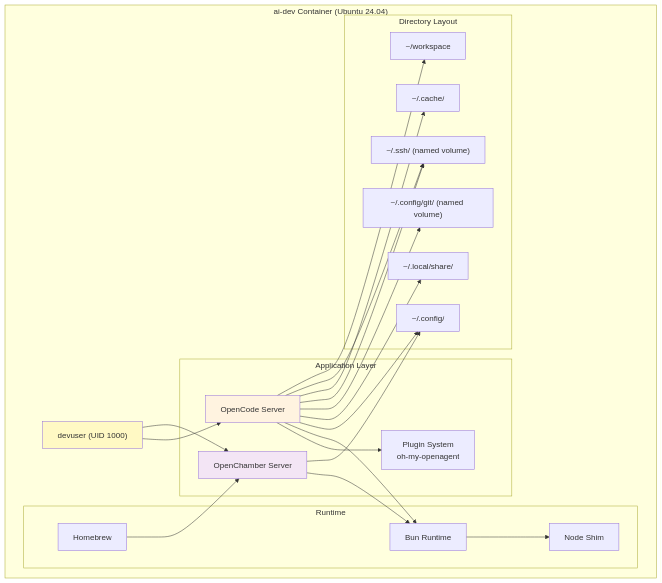
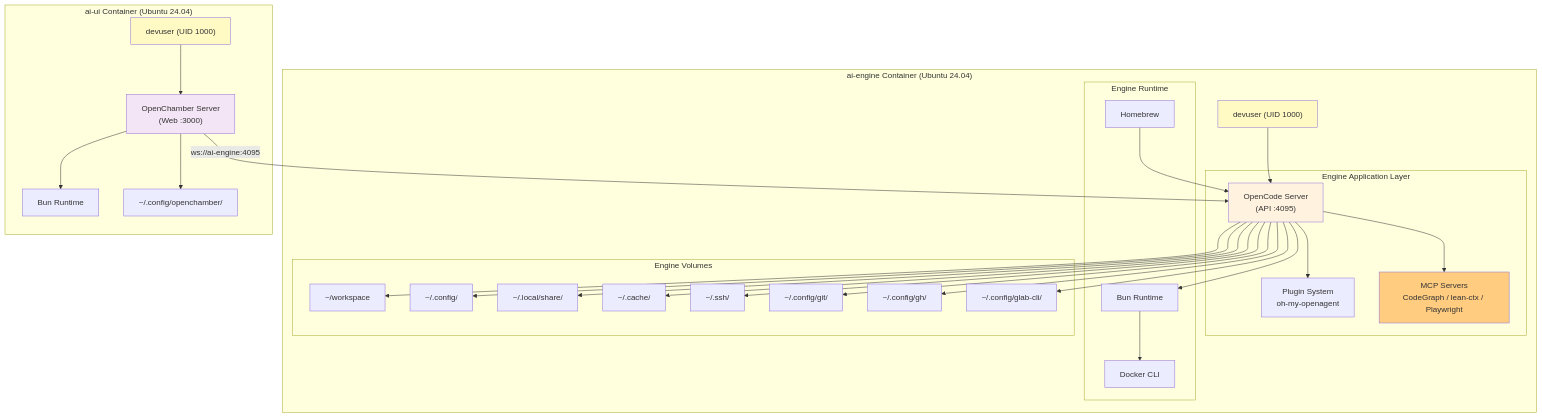
The fourth of 10 diagrams in docs/ARCHITECTURE.md (tryweb/ai-engkit), drawn with Mermaid before and after one commit. The commit also changed other lines of this file and 10 other files, not shown here.

````diff
--- a/docs/ARCHITECTURE.md
+++ b/docs/ARCHITECTURE.md
@@ -103,48 +112,64 @@
 ```mermaid
 graph TB
-    subgraph "ai-dev Container (Ubuntu 24.04)"
-        USER["devuser (UID 1000)"]
+    subgraph "ai-engine Container (Ubuntu 24.04)"
+        ENGINE_USER["devuser (UID 1000)"]
 
-        subgraph "Application Layer"
-            OC_SERVER["OpenCode Server"]
+        subgraph "Engine Application Layer"
+            OC_SERVER["OpenCode Server<br/>(API :4095)"]
             OC_PLUGINS["Plugin System<br/>oh-my-openagent"]
-            CH_SERVER["OpenChamber Server"]
+            MCP_SERVERS["MCP Servers<br/>CodeGraph / lean-ctx / Playwright"]
         end
 
-        subgraph "Runtime"
+        subgraph "Engine Runtime"
             BUN["Bun Runtime"]
             HOMEBREW["Homebrew"]
-            NODE_SHIM["Node Shim"]
+            DOCKER_CLI["Docker CLI"]
         end
 
-        subgraph "Directory Layout"
-            WORKSPACE["~/workspace"]
-            CONFIG["~/.config/"]
-            DATA["~/.local/share/"]
-            CACHE["~/.cache/"]
-            SSH["~/.ssh/ (named volume)"]
-            GIT["~/.config/git/ (named volume)"]
+        subgraph "Engine Volumes"
+            E_WORKSPACE["~/workspace"]
+            E_CONFIG["~/.config/"]
+            E_DATA["~/.local/share/"]
+            E_CACHE["~/.cache/"]
+            E_SSH["~/.ssh/"]
+            E_GIT["~/.config/git/"]
+            E_GH["~/.config/gh/"]
+            E_GLAB["~/.config/glab-cli/"]
         end
     end
 
-    USER --> OC_SERVER
-    USER --> CH_SERVER
+    subgraph "ai-ui Container (Ubuntu 24.04)"
+        UI_USER["devuser (UID 1000)"]
+        CH_SERVER["OpenChamber Server<br/>(Web :3000)"]
+        UI_BUN["Bun Runtime"]
+        UI_VOL["~/.config/openchamber/"]
+    end
+
+    ENGINE_USER --> OC_SERVER
     OC_SERVER --> OC_PLUGINS
+    OC_SERVER --> MCP_SERVERS
     OC_SERVER --> BUN
-    CH_SERVER --> BUN
-    BUN --> NODE_SHIM
-    HOMEBREW --> CH_SERVER
+    BUN --> DOCKER_CLI
+    HOMEBREW --> OC_SERVER
 
-    OC_SERVER --> CONFIG
-    OC_SERVER --> DATA
-    OC_SERVER --> GIT
-    OC_SERVER --> SSH
-    OC_SERVER --> CACHE
-    CH_SERVER --> CONFIG
-    OC_SERVER --> SSH
-    OC_SERVER --> WORKSPACE
+    OC_SERVER --> E_CONFIG
+    OC_SERVER --> E_DATA
+    OC_SERVER --> E_GIT
+    OC_SERVER --> E_SSH
+    OC_SERVER --> E_CACHE
+    OC_SERVER --> E_WORKSPACE
+    OC_SERVER --> E_GH
+    OC_SERVER --> E_GLAB
 
-    style USER fill:#fff9c4
+    UI_USER --> CH_SERVER
+    CH_SERVER --> UI_BUN
+    CH_SERVER --> UI_VOL
+
+    CH_SERVER -->|"ws://ai-engine:4095"| OC_SERVER
+
+    style ENGINE_USER fill:#fff9c4
+    style UI_USER fill:#fff9c4
     style OC_SERVER fill:#fff3e0
     style CH_SERVER fill:#f3e5f5
+    style MCP_SERVERS fill:#ffcc80
 ```
````
